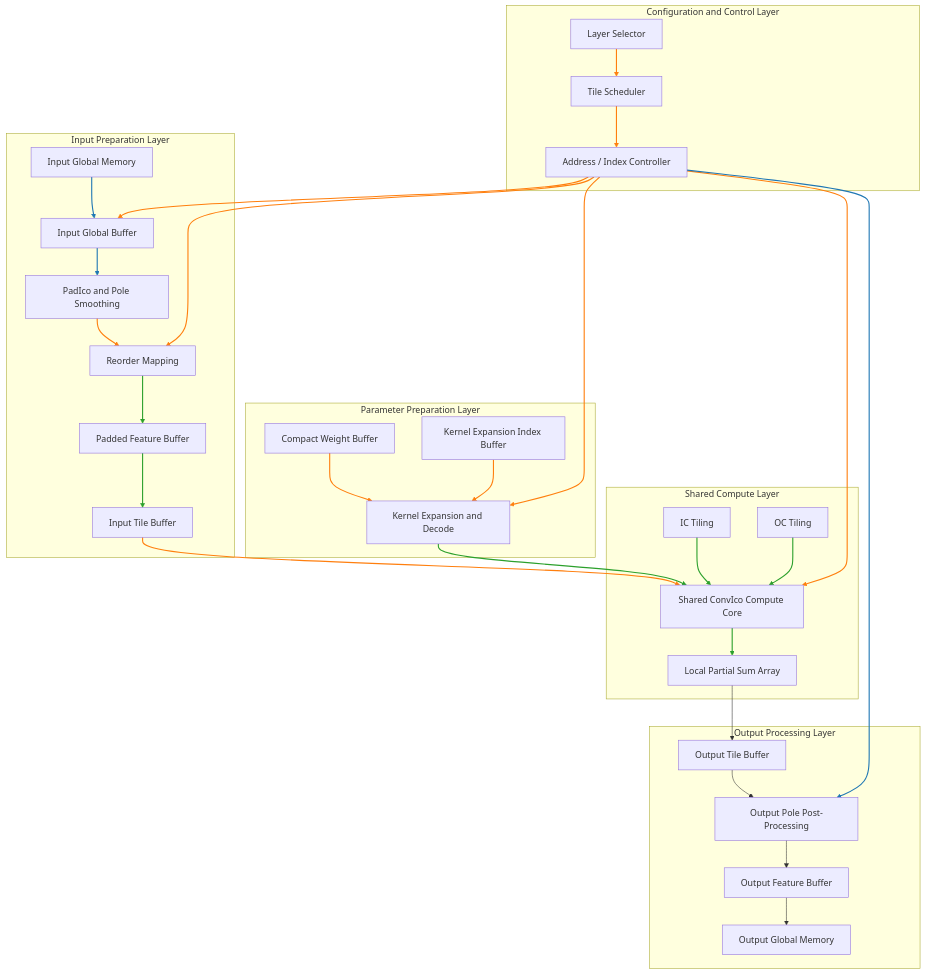
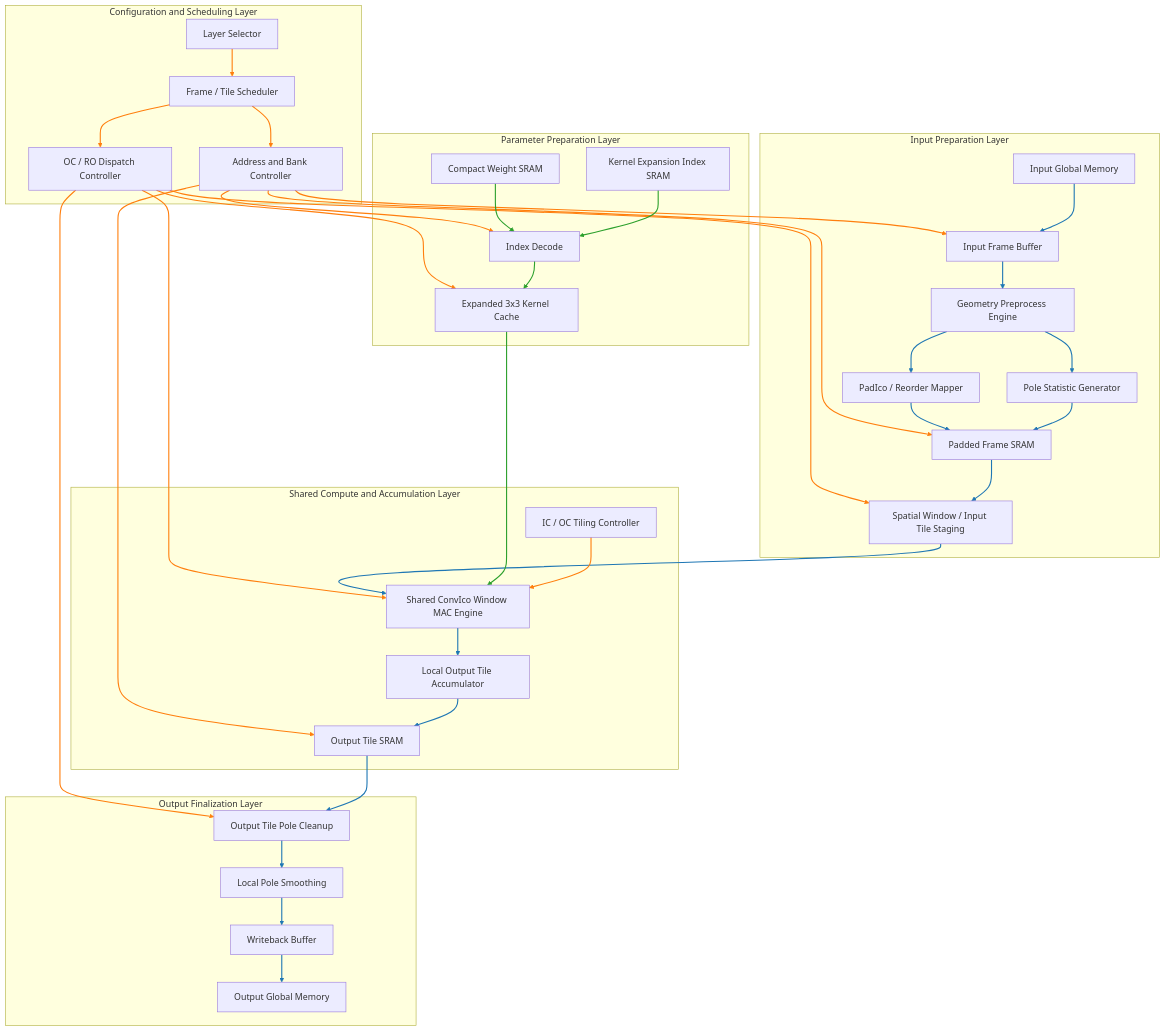
Before and after one commit to Iamcmm11/icocnn: the second of 3 diagrams in hls_src/layer2-5硬件优化与策略跟踪.md, drawn with Mermaid. The commit also changed other lines of this file and 3 other files, not shown here.

````diff
--- a/hls_src/layer2-5硬件优化与策略跟踪.md
+++ b/hls_src/layer2-5硬件优化与策略跟踪.md
@@ -647,60 +741,73 @@
 ```mermaid
 flowchart TB
-    subgraph S0[Configuration and Control Layer]
+    subgraph S0[Configuration and Scheduling Layer]
         C0[Layer Selector]
-        C1[Tile Scheduler]
-        C2[Address / Index Controller]
+        C1[Frame / Tile Scheduler]
+        C2[Address and Bank Controller]
+        C3[OC / RO Dispatch Controller]
     end
 
     subgraph S1[Input Preparation Layer]
         I0[Input Global Memory]
-        I1[Input Global Buffer]
-        I2[PadIco and Pole Smoothing]
-        I3[Reorder Mapping]
-        I4[Padded Feature Buffer]
-        I5[Input Tile Buffer]
+        I1[Input Frame Buffer]
+        I2[Geometry Preprocess Engine]
+        I3[PadIco / Reorder Mapper]
+        I4[Pole Statistic Generator]
+        I5[Padded Frame SRAM]
+        I6[Spatial Window / Input Tile Staging]
     end
 
     subgraph S2[Parameter Preparation Layer]
-        P0[Compact Weight Buffer]
-        P1[Kernel Expansion Index Buffer]
-        P2[Kernel Expansion and Decode]
+        P0[Compact Weight SRAM]
+        P1[Kernel Expansion Index SRAM]
+        P2[Index Decode]
+        P3[Expanded 3x3 Kernel Cache]
     end
 
-    subgraph S3[Shared Compute Layer]
-        M0[Shared ConvIco Compute Core]
-        M1[IC Tiling]
-        M2[OC Tiling]
-        M3[Local Partial Sum Array]
+    subgraph S3[Shared Compute and Accumulation Layer]
+        M0[Shared ConvIco Window MAC Engine]
+        M1[IC / OC Tiling Controller]
+        M2[Local Output Tile Accumulator]
+        M3[Output Tile SRAM]
     end
 
-    subgraph S4[Output Processing Layer]
-        O0[Output Tile Buffer]
-        O1[Output Pole Post-Processing]
-        O2[Output Feature Buffer]
+    subgraph S4[Output Finalization Layer]
+        O0[Output Tile Pole Cleanup]
+        O1[Local Pole Smoothing]
+        O2[Writeback Buffer]
         O3[Output Global Memory]
     end
 
     C0 --> C1
     C1 --> C2
+    C1 --> C3
 
     C2 --> I1
-    C2 --> I3
+    C2 --> I5
     C2 --> P2
-    C2 --> M0
-    C2 --> O1
+    C2 --> M3
+    C3 --> I6
+    C3 --> P3
+    C3 --> M0
+    C3 --> O0
 
-    I0 --> I1 --> I2 --> I3 --> I4 --> I5
+    I0 --> I1 --> I2
+    I2 --> I3
+    I2 --> I4
+    I3 --> I5
+    I4 --> I5
+    I5 --> I6
+
     P0 --> P2
     P1 --> P2
+    P2 --> P3
 
-    I5 --> M0
-    P2 --> M0
+    I6 --> M0
+    P3 --> M0
     M1 --> M0
-    M2 --> M0
-    M0 --> M3 --> O0 --> O1 --> O2 --> O3
+    M0 --> M2 --> M3 --> O0 --> O1 --> O2 --> O3
 
-    linkStyle 0,1,2,3,4,5,9,12,13,14 stroke:#ff7f0e,stroke-width:2px;
-    linkStyle 6,7,8 stroke:#1f77b4,stroke-width:2px;
-    linkStyle 10,11,15,16,17,18 stroke:#2ca02c,stroke-width:2px;
+    linkStyle 0,1,2,3,4,5,6,7,8,9,10,23 stroke:#ff7f0e,stroke-width:2px;
+    linkStyle 11,12,13,14,15,16,17,21,24,25,26,27,28,29 stroke:#1f77b4,stroke-width:2px;
+    linkStyle 18,19,20,22 stroke:#2ca02c,stroke-width:2px;
 ```
````
